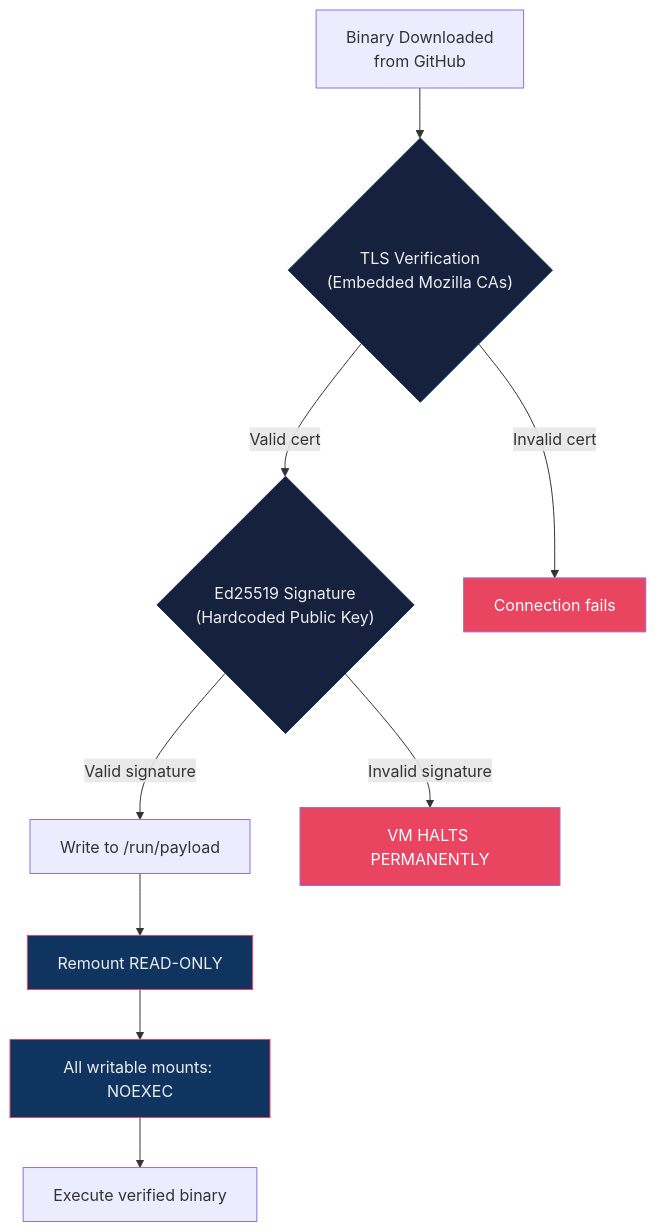
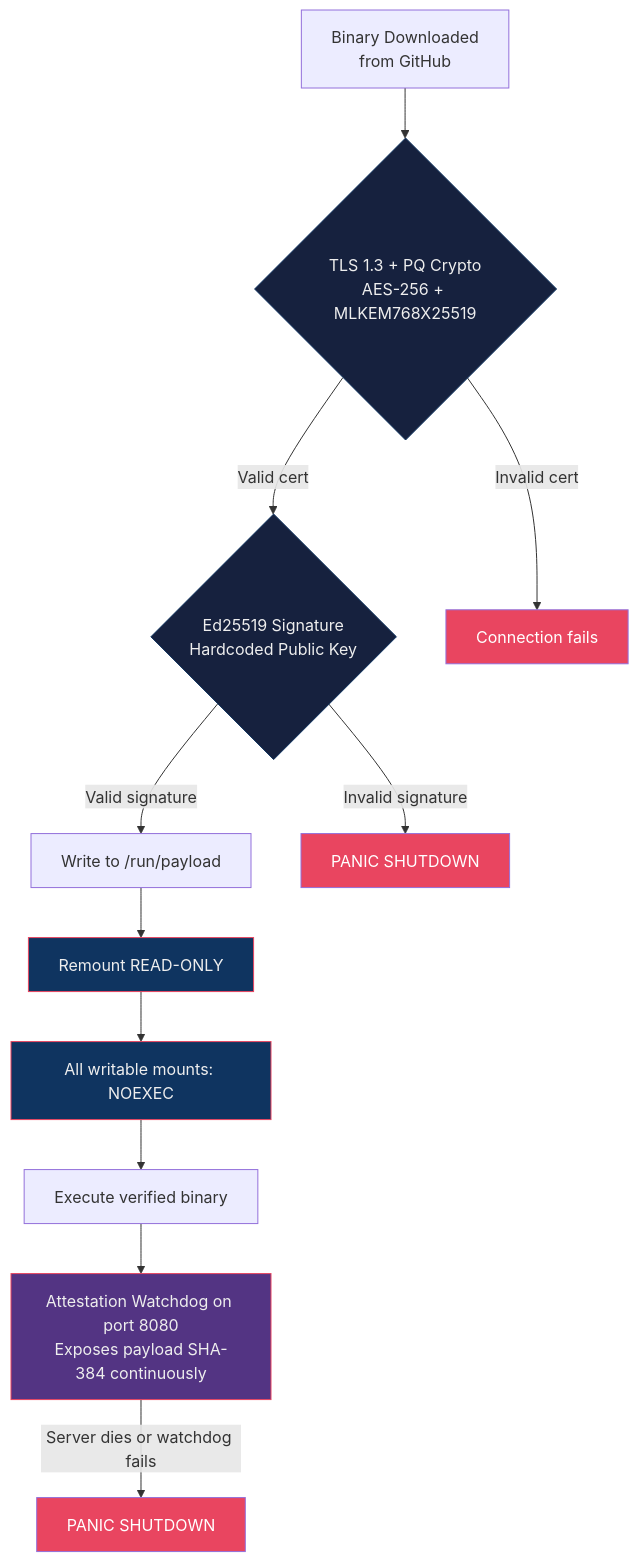
One commit to deadrouter-ai/sev-micro-loader changed the second of 2 diagrams in docs/loader_security.md. Above: the diagram before and after it, drawn with Mermaid. The commit also changed other lines of this file and 7 other files, not shown here.

````diff
--- a/docs/loader_security.md
+++ b/docs/loader_security.md
@@ -154,24 +192,29 @@
 ```mermaid
 flowchart TB
     DOWNLOAD["Binary Downloaded<br/>from GitHub"]
-    TLS{"TLS Verification<br/>(Embedded Mozilla CAs)"}
-    SIG{"Ed25519 Signature<br/>(Hardcoded Public Key)"}
+    TLS{"TLS 1.3 + PQ Crypto<br/>AES-256 + MLKEM768X25519"}
+    SIG{"Ed25519 Signature<br/>Hardcoded Public Key"}
     WRITE["Write to /run/payload"]
     LOCK["Remount READ-ONLY"]
     NOEXEC["All writable mounts: NOEXEC"]
     RUN["Execute verified binary"]
+    WATCH["Attestation Watchdog on port 8080<br/>Exposes payload SHA-384 continuously"]
 
     DOWNLOAD --> TLS
     TLS -->|"Valid cert"| SIG
     TLS -->|"Invalid cert"| HALT1["Connection fails"]
     SIG -->|"Valid signature"| WRITE
-    SIG -->|"Invalid signature"| HALT2["VM HALTS PERMANENTLY"]
+    SIG -->|"Invalid signature"| HALT2["PANIC SHUTDOWN"]
     WRITE --> LOCK --> NOEXEC --> RUN
+    RUN --> WATCH
+    WATCH -->|"Server dies or watchdog fails"| HALT3["PANIC SHUTDOWN"]
 
     style HALT1 fill:#e94560,color:#fff
     style HALT2 fill:#e94560,color:#fff
+    style HALT3 fill:#e94560,color:#fff
     style TLS fill:#16213e,stroke:#0f3460,color:#eee
     style SIG fill:#16213e,stroke:#0f3460,color:#eee
     style LOCK fill:#0f3460,stroke:#e94560,color:#eee
     style NOEXEC fill:#0f3460,stroke:#e94560,color:#eee
+    style WATCH fill:#533483,stroke:#e94560,color:#eee
 ```
````
